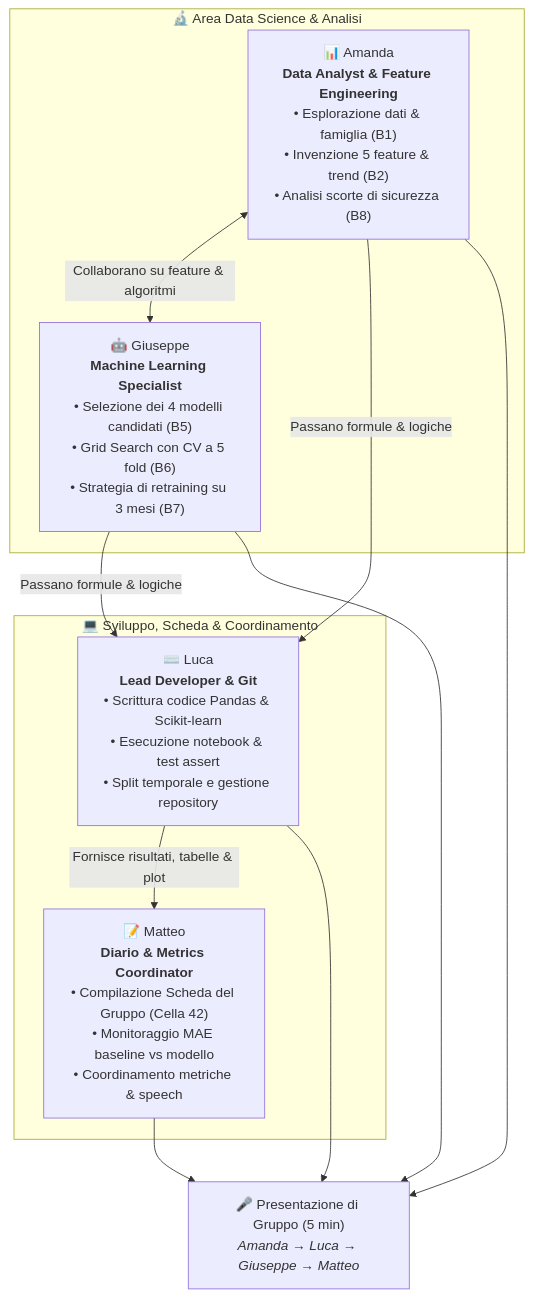
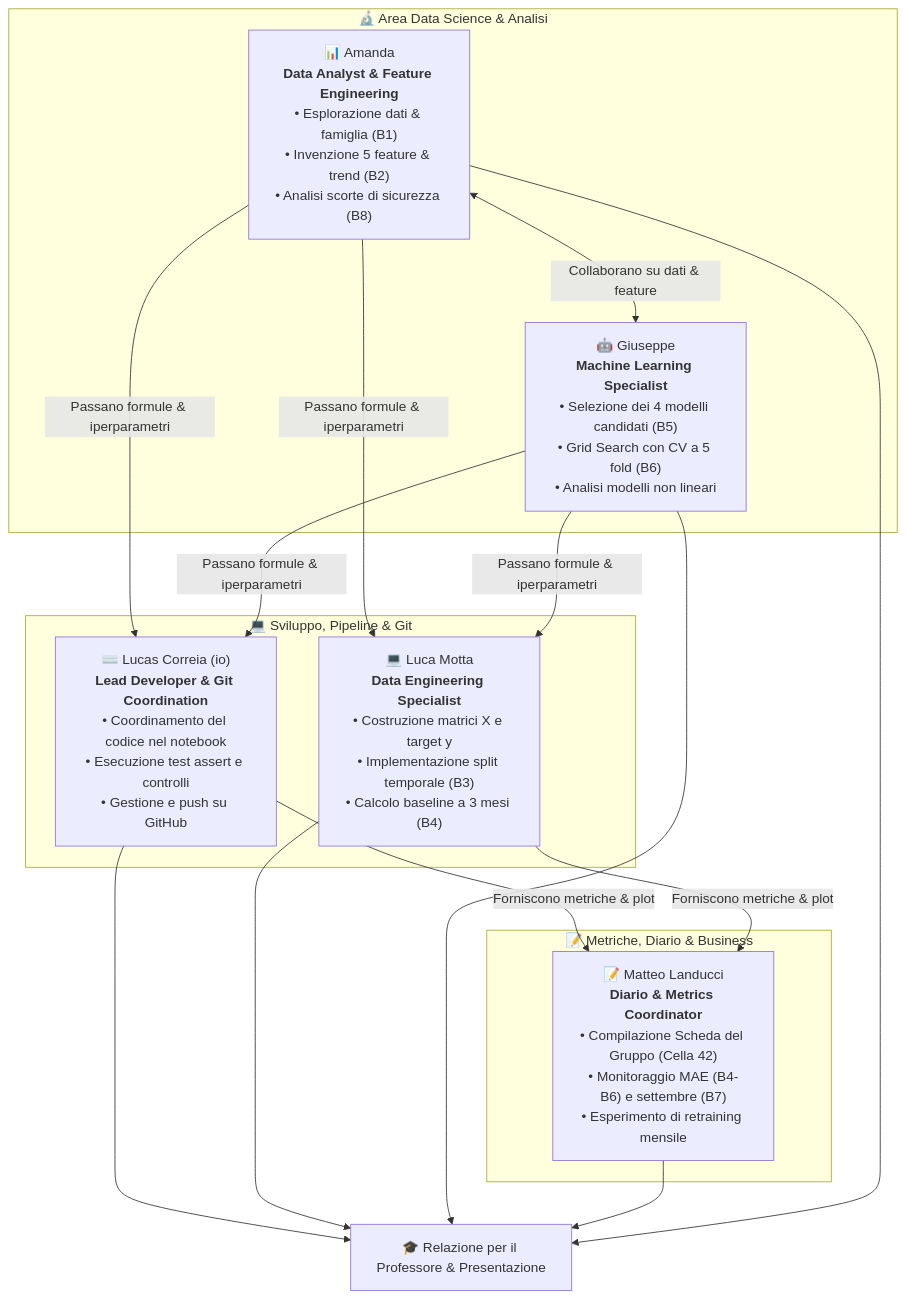
One commit to lucasandersoncorreia-dotcom/progetto-machine-learning changed the diagram in PIANO_DI_LAVORO.md. Above: the diagram before and after it, drawn with Mermaid. The commit also changed other lines of this file and 5 other files, not shown here.

Commit message:
Aggiunta relazione finale per il professore (MD e HTML), aggiornamento scheda gruppo e scaletta per 5 componenti (Lucas Correia, Luca Motta, Giuseppe, Matteo Landucci, Amanda)

````diff
--- a/PIANO_DI_LAVORO.md
+++ b/PIANO_DI_LAVORO.md
@@ -13,17 +13,21 @@
 ```mermaid
 flowchart TD
     subgraph Dati & Modelli ["🔬 Area Data Science & Analisi"]
         A["📊 Amanda<br/><b>Data Analyst & Feature Engineering</b><br/>• Esplorazione dati & famiglia (B1)<br/>• Invenzione 5 feature & trend (B2)<br/>• Analisi scorte di sicurezza (B8)"]
-        G["🤖 Giuseppe<br/><b>Machine Learning Specialist</b><br/>• Selezione dei 4 modelli candidati (B5)<br/>• Grid Search con CV a 5 fold (B6)<br/>• Strategia di retraining su 3 mesi (B7)"]
+        G["🤖 Giuseppe<br/><b>Machine Learning Specialist</b><br/>• Selezione dei 4 modelli candidati (B5)<br/>• Grid Search con CV a 5 fold (B6)<br/>• Analisi modelli non lineari"]
     end
 
-    subgraph Sviluppo & Documentazione ["💻 Sviluppo, Scheda & Coordinamento"]
-        L["⌨️ Luca<br/><b>Lead Developer & Git</b><br/>• Scrittura codice Pandas & Scikit-learn<br/>• Esecuzione notebook & test assert<br/>• Split temporale e gestione repository"]
-        M["📝 Matteo<br/><b>Diario & Metrics Coordinator</b><br/>• Compilazione Scheda del Gruppo (Cella 42)<br/>• Monitoraggio MAE baseline vs modello<br/>• Coordinamento metriche & speech"]
+    subgraph Sviluppo & Ingegneria ["💻 Sviluppo, Pipeline & Git"]
+        LC["⌨️ Lucas Correia (io)<br/><b>Lead Developer & Git Coordination</b><br/>• Coordinamento del codice nel notebook<br/>• Esecuzione test assert e controlli<br/>• Gestione e push su GitHub"]
+        LM["💻 Luca Motta<br/><b>Data Engineering Specialist</b><br/>• Costruzione matrici X e target y<br/>• Implementazione split temporale (B3)<br/>• Calcolo baseline a 3 mesi (B4)"]
     end
 
-    A <-->|Collaborano su feature & algoritmi| G
-    A & G -->|Passano formule & logiche| L
-    L -->|Fornisce risultati, tabelle & plot| M
-    L & A & G & M --> Pres["🎤 Presentazione di Gruppo (5 min)<br/><i>Amanda → Luca → Giuseppe → Matteo</i>"]
+    subgraph Metriche & Diario ["📝 Metriche, Diario & Business"]
+        M["📝 Matteo Landucci<br/><b>Diario & Metrics Coordinator</b><br/>• Compilazione Scheda del Gruppo (Cella 42)<br/>• Monitoraggio MAE (B4-B6) e settembre (B7)<br/>• Esperimento di retraining mensile"]
+    end
+
+    A <-->|Collaborano su dati & feature| G
+    A & G -->|Passano formule & iperparametri| LC & LM
+    LC & LM -->|Forniscono metriche & plot| M
+    LC & LM & G & M & A --> Rel["🎓 Relazione per il Professore & Presentazione"]
 ```
````
